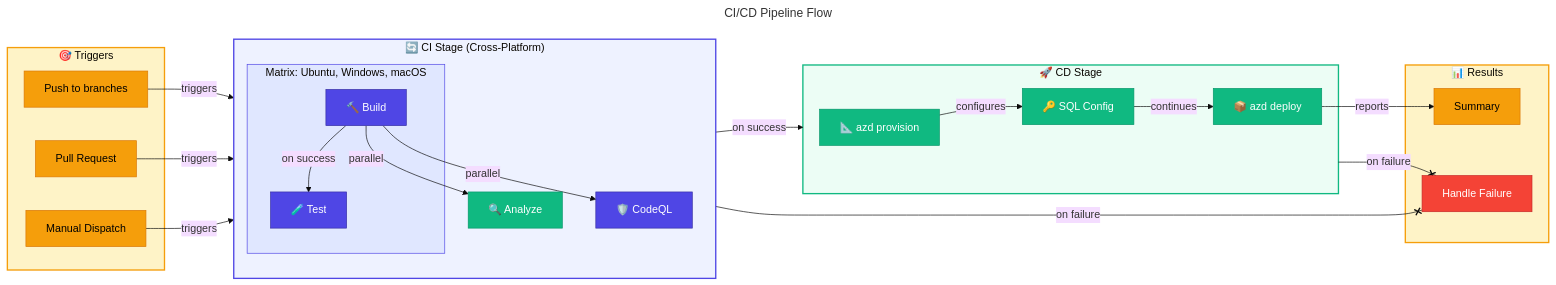
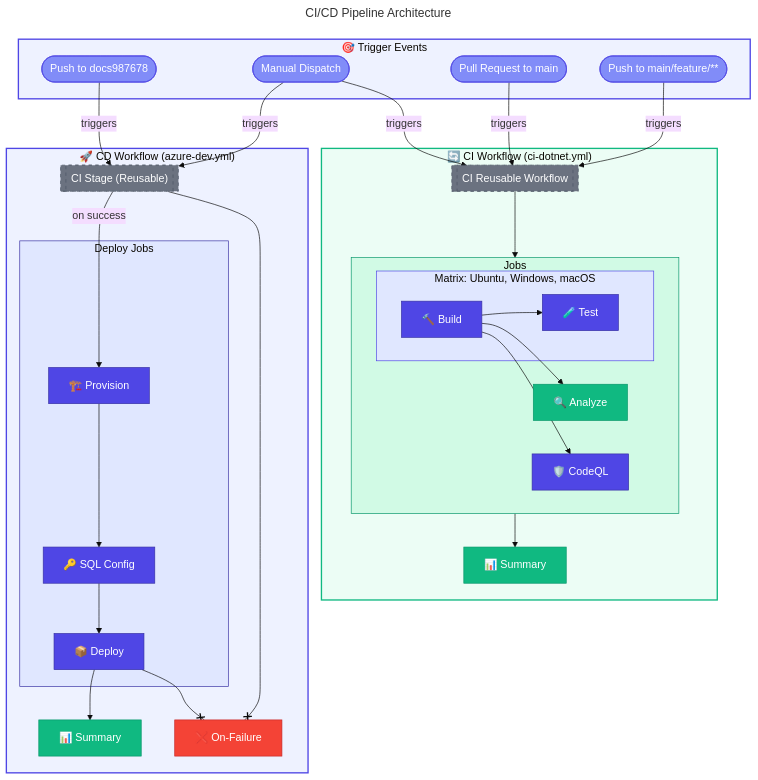
Before and after one commit to Evilazaro/Azure-LogicApps-Monitoring: the second of 5 diagrams in docs/architecture/07-deployment-architecture.md, drawn with Mermaid (base theme). The commit also changed other lines of this file, not shown here.

Commit message:
fix: Update CI/CD pipeline architecture documentation for improved clarity and detail

````diff
--- a/docs/architecture/07-deployment-architecture.md
+++ b/docs/architecture/07-deployment-architecture.md
@@ -113,70 +118,82 @@
 ```mermaid
 ---
-title: CI/CD Pipeline Flow
+title: CI/CD Pipeline Architecture
 ---
-flowchart LR
+flowchart TB
     %% ===== TRIGGERS =====
-    subgraph Trigger["🎯 Triggers"]
-        Push["Push to branches"]
-        PR["Pull Request"]
-        Manual["Manual Dispatch"]
+    subgraph Triggers["🎯 Trigger Events"]
+        push_main(["Push to main/feature/**"])
+        push_cd(["Push to docs987678"])
+        pr(["Pull Request to main"])
+        manual(["Manual Dispatch"])
     end
 
-    %% ===== CI STAGE =====
-    subgraph CI["🔄 CI Stage (Cross-Platform)"]
-        subgraph Matrix["Matrix: Ubuntu, Windows, macOS"]
-            Build["🔨 Build"]
-            Test["🧪 Test"]
+    %% ===== CI WORKFLOW =====
+    subgraph CIWorkflow["🔄 CI Workflow (ci-dotnet.yml)"]
+        ci_reusable[["CI Reusable Workflow"]]
+        subgraph CIJobs["Jobs"]
+            direction LR
+            subgraph Matrix["Matrix: Ubuntu, Windows, macOS"]
+                build["🔨 Build"]
+                test["🧪 Test"]
+            end
+            analyze["🔍 Analyze"]
+            codeql["🛡️ CodeQL"]
         end
-        Analyze["🔍 Analyze"]
-        CodeQL["🛡️ CodeQL"]
+        ci_summary["📊 Summary"]
     end
 
-    %% ===== CD STAGE =====
-    subgraph CD["🚀 CD Stage"]
-        Provision["📐 azd provision"]
-        SQLConfig["🔑 SQL Config"]
-        Deploy["📦 azd deploy"]
-    end
-
-    %% ===== RESULTS =====
-    subgraph Results["📊 Results"]
-        Summary["Summary"]
-        Failure["Handle Failure"]
+    %% ===== CD WORKFLOW =====
+    subgraph CDWorkflow["🚀 CD Workflow (azure-dev.yml)"]
+        cd_ci[["CI Stage (Reusable)"]]
+        subgraph DeployJobs["Deploy Jobs"]
+            provision["🏗️ Provision"]
+            sql_config["🔑 SQL Config"]
+            deploy["📦 Deploy"]
+        end
+        cd_summary["📊 Summary"]
+        cd_failure["❌ On-Failure"]
     end
 
     %% ===== CONNECTIONS =====
-    Push -->|"triggers"| CI
-    PR -->|"triggers"| CI
-    Manual -->|"triggers"| CI
-    Build -->|"on success"| Test
-    Build -->|"parallel"| Analyze
-    Build -->|"parallel"| CodeQL
-    CI -->|"on success"| CD
-    Provision -->|"configures"| SQLConfig
-    SQLConfig -->|"continues"| Deploy
-    Deploy -->|"reports"| Summary
-    CI --x|"on failure"| Failure
-    CD --x|"on failure"| Failure
+    push_main -->|"triggers"| ci_reusable
+    pr -->|"triggers"| ci_reusable
+    manual -->|"triggers"| ci_reusable
+    manual -->|"triggers"| cd_ci
 
-    %% ===== STYLES - NODE CLASSES =====
-    classDef trigger fill:#F59E0B,stroke:#D97706,color:#000000
+    push_cd -->|"triggers"| cd_ci
+
+    ci_reusable --> CIJobs
+    build --> test
+    build --> analyze
+    build --> codeql
+    CIJobs --> ci_summary
+
+    cd_ci -->|"on success"| provision
+    provision --> sql_config
+    sql_config --> deploy
+    deploy --> cd_summary
+    cd_ci --x cd_failure
+    deploy --x cd_failure
+
+    %% ===== STYLES =====
+    classDef trigger fill:#818CF8,stroke:#4F46E5,color:#FFFFFF
     classDef primary fill:#4F46E5,stroke:#3730A3,color:#FFFFFF
     classDef secondary fill:#10B981,stroke:#059669,color:#FFFFFF
+    classDef external fill:#6B7280,stroke:#4B5563,color:#FFFFFF,stroke-dasharray: 5 5
     classDef failed fill:#F44336,stroke:#C62828,color:#FFFFFF
     classDef datastore fill:#F59E0B,stroke:#D97706,color:#000000
 
-    %% ===== CLASS ASSIGNMENTS =====
-    class Push,PR,Manual trigger
-    class Build,Test,CodeQL primary
-    class Analyze,Provision,SQLConfig,Deploy secondary
-    class Summary datastore
-    class Failure failed
+    class push_main,push_cd,pr,manual trigger
+    class build,test,codeql,provision,sql_config,deploy primary
+    class analyze,ci_summary,cd_summary secondary
+    class ci_reusable,cd_ci external
+    class cd_failure failed
 
-    %% ===== SUBGRAPH STYLES =====
-    style Trigger fill:#FEF3C7,stroke:#F59E0B,stroke-width:2px
-    style CI fill:#EEF2FF,stroke:#4F46E5,stroke-width:2px
+    style Triggers fill:#EEF2FF,stroke:#4F46E5,stroke-width:2px
+    style CIWorkflow fill:#ECFDF5,stroke:#10B981,stroke-width:2px
+    style CIJobs fill:#D1FAE5,stroke:#059669,stroke-width:1px
     style Matrix fill:#E0E7FF,stroke:#4F46E5,stroke-width:1px
-    style CD fill:#ECFDF5,stroke:#10B981,stroke-width:2px
-    style Results fill:#FEF3C7,stroke:#F59E0B,stroke-width:2px
+    style CDWorkflow fill:#EEF2FF,stroke:#4F46E5,stroke-width:2px
+    style DeployJobs fill:#E0E7FF,stroke:#3730A3,stroke-width:1px
 ```
````
